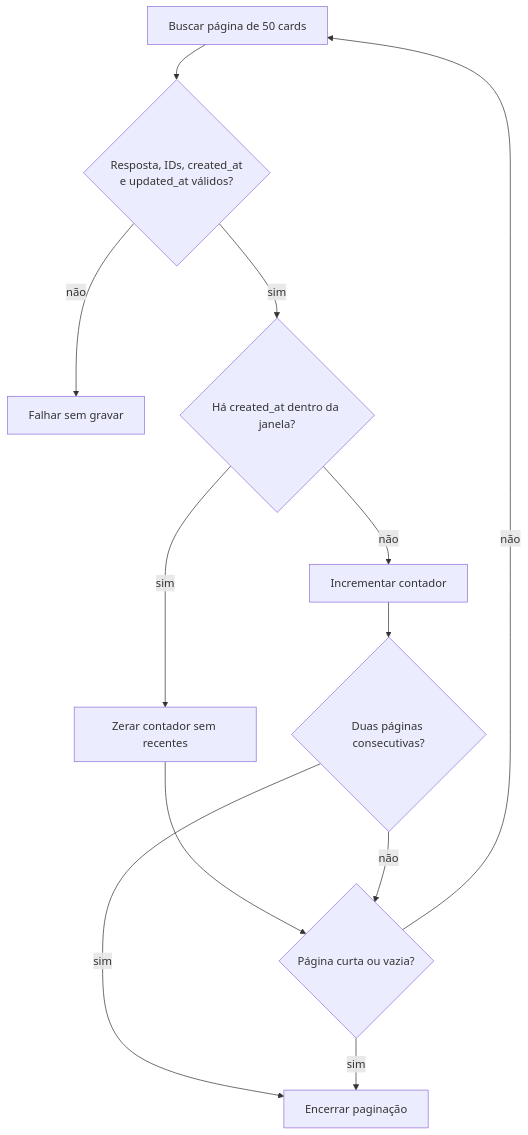
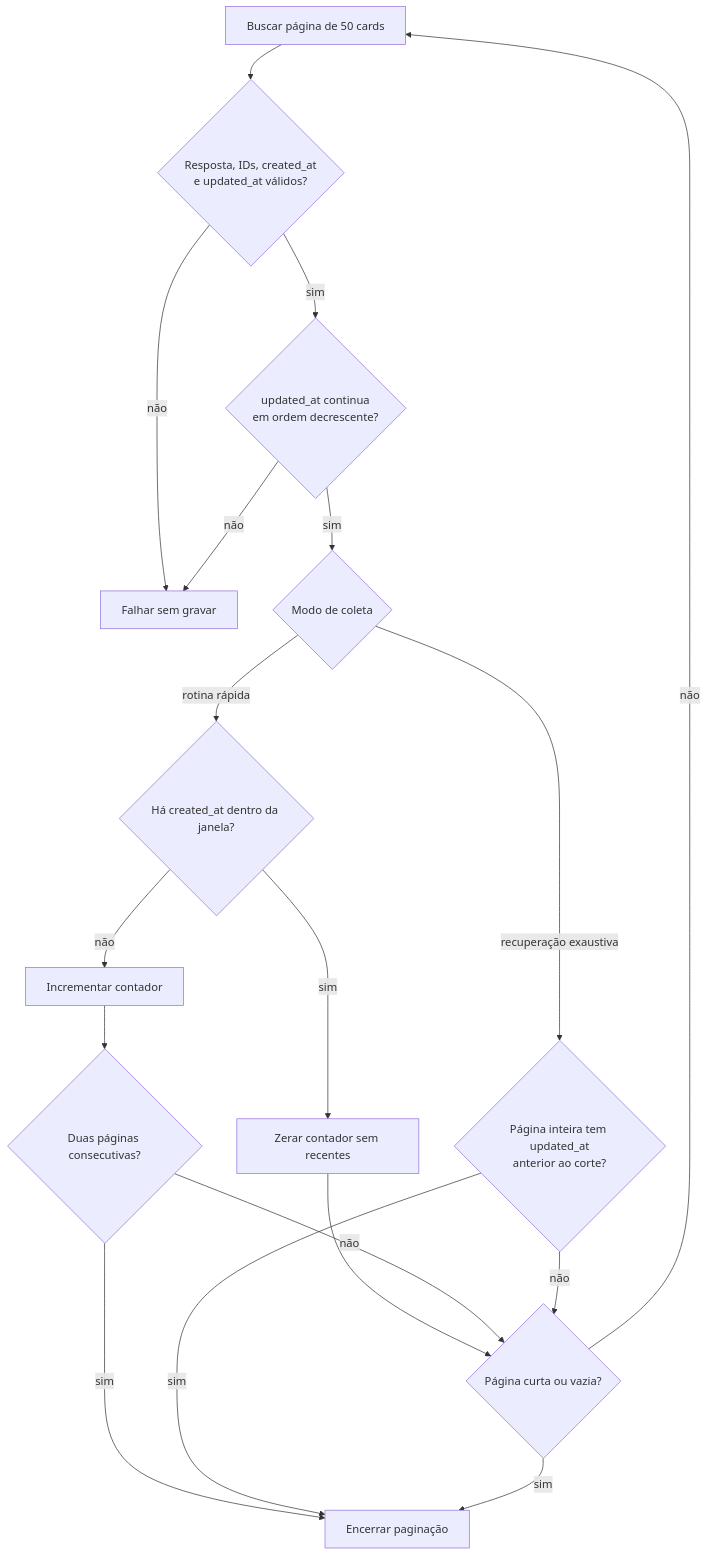
Before and after one commit to operacoesicaiu/icaiu-data: the third of 4 diagrams in README.md, drawn with Mermaid. The commit also changed other lines of this file and 16 other files, not shown here.

````diff
--- a/README.md
+++ b/README.md
@@ -168,14 +172,20 @@
 ```mermaid
 flowchart TD
     P[Buscar página de 50 cards] --> V{Resposta, IDs, created_at<br/>e updated_at válidos?}
     V -- não --> F[Falhar sem gravar]
-    V -- sim --> C{Há created_at dentro da janela?}
+    V -- sim --> O{updated_at continua<br/>em ordem decrescente?}
+    O -- não --> F
+    O -- sim --> M{Modo de coleta}
+    M -- rotina rápida --> C{Há created_at dentro da janela?}
     C -- sim --> Z[Zerar contador sem recentes]
     C -- não --> I[Incrementar contador]
     Z --> N{Página curta ou vazia?}
     I --> D{Duas páginas consecutivas?}
     D -- sim --> E[Encerrar paginação]
     D -- não --> N
+    M -- recuperação exaustiva --> U{Página inteira tem updated_at<br/>anterior ao corte?}
+    U -- sim --> E
+    U -- não --> N
     N -- sim --> E
     N -- não --> P
 ```
````
